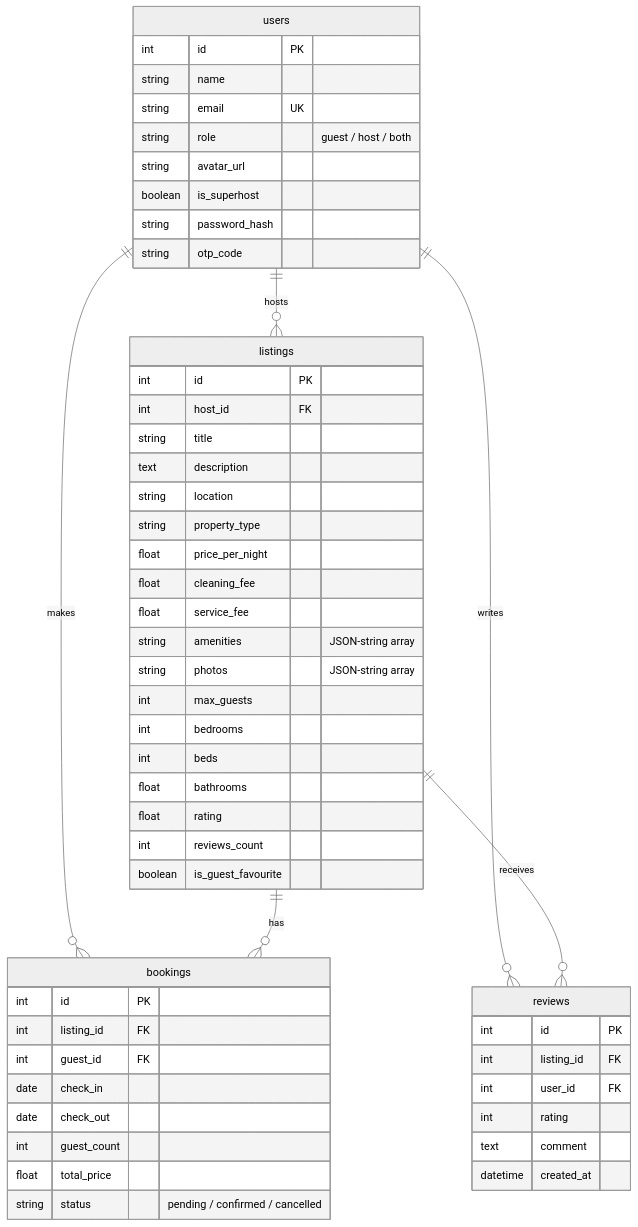
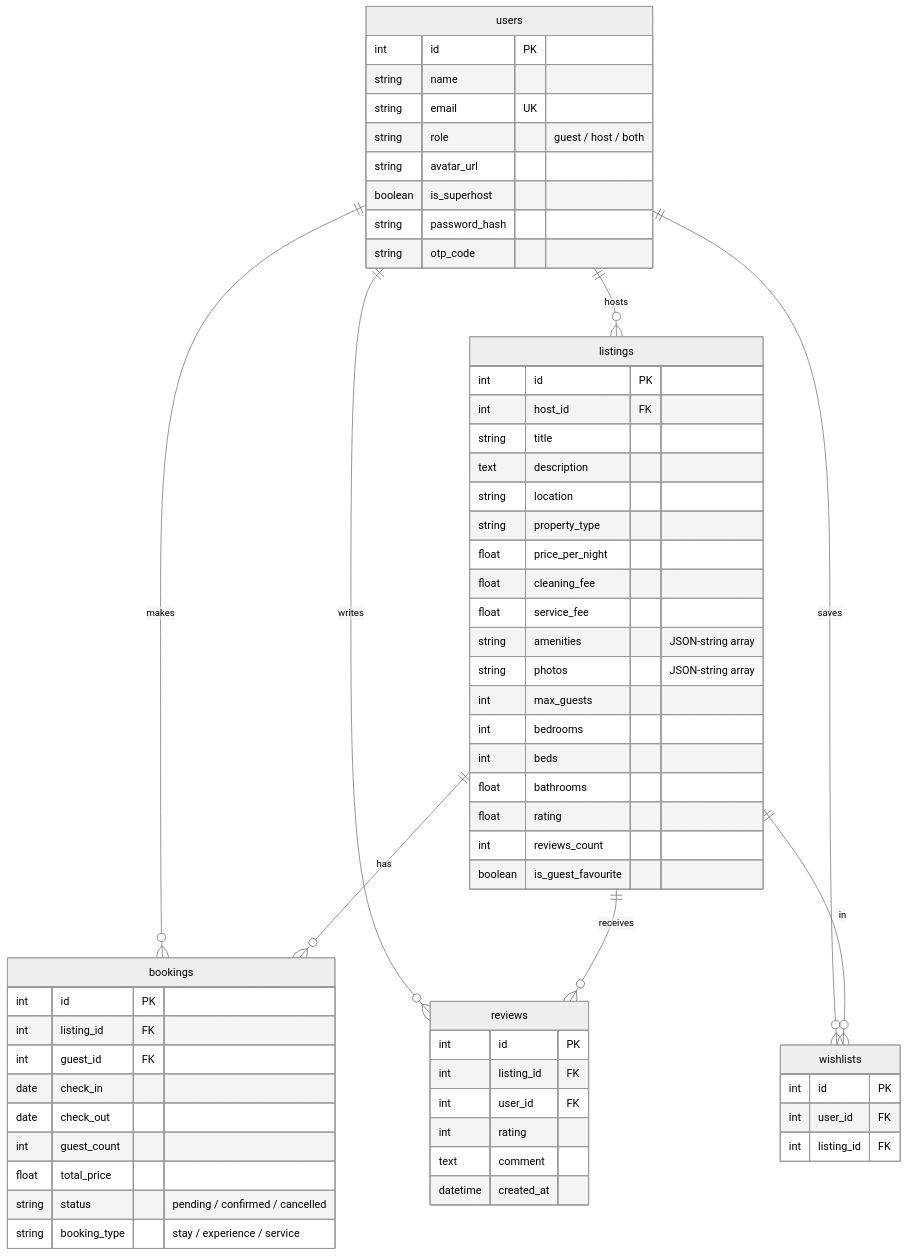
One commit to Shaq16/airbnb-clone changed the diagram in README.md. Above: the diagram before and after it, drawn with Mermaid (neutral theme). The commit also changed other lines of this file, not shown here.

Commit message:
docs: update README with final database schema and architecture details

````diff
--- a/README.md
+++ b/README.md
@@ -66,60 +66,69 @@
 ```mermaid
 erDiagram
     users ||--o{ listings : "hosts"
     users ||--o{ bookings : "makes"
     users ||--o{ reviews : "writes"
+    users ||--o{ wishlists : "saves"
     listings ||--o{ bookings : "has"
     listings ||--o{ reviews : "receives"
+    listings ||--o{ wishlists : "in"
 
     users {
         int id PK
         string name
         string email UK
         string role "guest / host / both"
         string avatar_url
         boolean is_superhost
         string password_hash
         string otp_code
     }
 
     listings {
         int id PK
         int host_id FK
         string title
         text description
         string location
         string property_type
         float price_per_night
         float cleaning_fee
         float service_fee
         string amenities "JSON-string array"
         string photos "JSON-string array"
         int max_guests
         int bedrooms
         int beds
         float bathrooms
         float rating
         int reviews_count
         boolean is_guest_favourite
     }
 
     bookings {
         int id PK
         int listing_id FK
         int guest_id FK
         date check_in
         date check_out
         int guest_count
         float total_price
         string status "pending / confirmed / cancelled"
+        string booking_type "stay / experience / service"
     }
 
     reviews {
         int id PK
         int listing_id FK
         int user_id FK
         int rating
         text comment
         datetime created_at
     }
+
+    wishlists {
+        int id PK
+        int user_id FK
+        int listing_id FK
+    }
 ```
````
